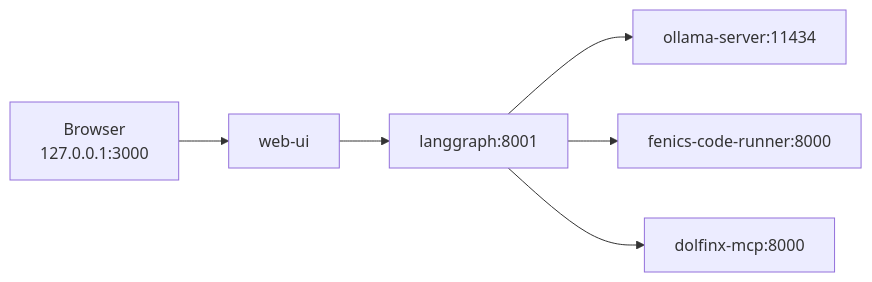
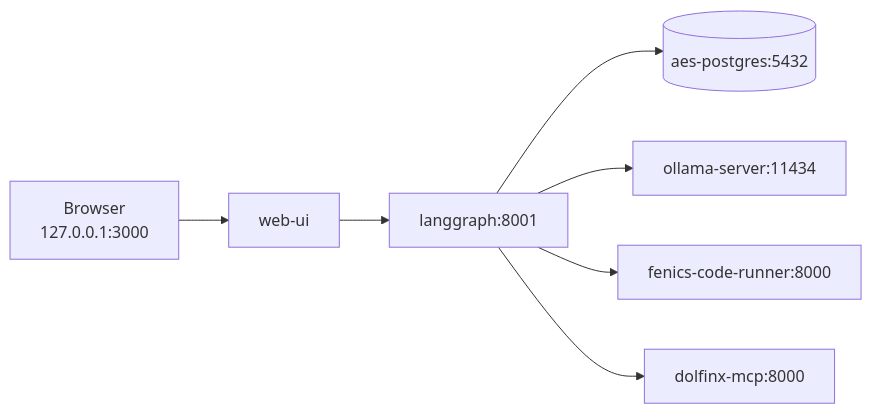
The fourth of 4 diagrams in deploy/architecture.md (RadmirG/AES), drawn with Mermaid before and after one commit. The commit also changed other lines of this file and 32 other files, not shown here.

````diff
--- a/deploy/architecture.md
+++ b/deploy/architecture.md
@@ -82,8 +86,9 @@
 ```mermaid
 flowchart LR
     A["Browser<br/>127.0.0.1:3000"] --> B["web-ui"]
     B --> C["langgraph:8001"]
+    C --> DB[("aes-postgres:5432")]
     C --> D["ollama-server:11434"]
     C --> E["fenics-code-runner:8000"]
     C --> F["dolfinx-mcp:8000"]
 ```
````
